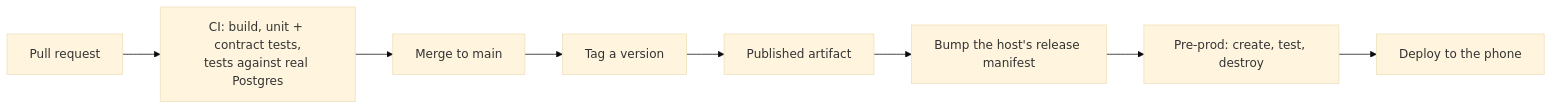
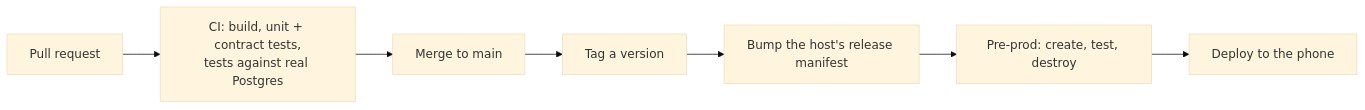
One commit to SaiNayakk/sprout-platform changed the diagram in docs/environments.md. Above: the diagram before and after it, drawn with Mermaid (base theme). The commit also changed other lines of this file and 42 other files, not shown here.

````diff
--- a/docs/environments.md
+++ b/docs/environments.md
@@ -5,8 +5,8 @@
 ```mermaid
 flowchart LR
   pr[Pull request] --> ci[CI: build, unit + contract tests,<br/>tests against real Postgres]
-  ci --> merge[Merge to main] --> tag[Tag a version] --> pub[Published artifact]
-  pub --> manifest[Bump the host's release manifest]
+  ci --> merge[Merge to main] --> tag[Tag a version]
+  tag --> manifest[Bump the host's release manifest]
   manifest --> preprod[Pre-prod: create, test, destroy]
   preprod --> prod[Deploy to the phone]
 ```
````
